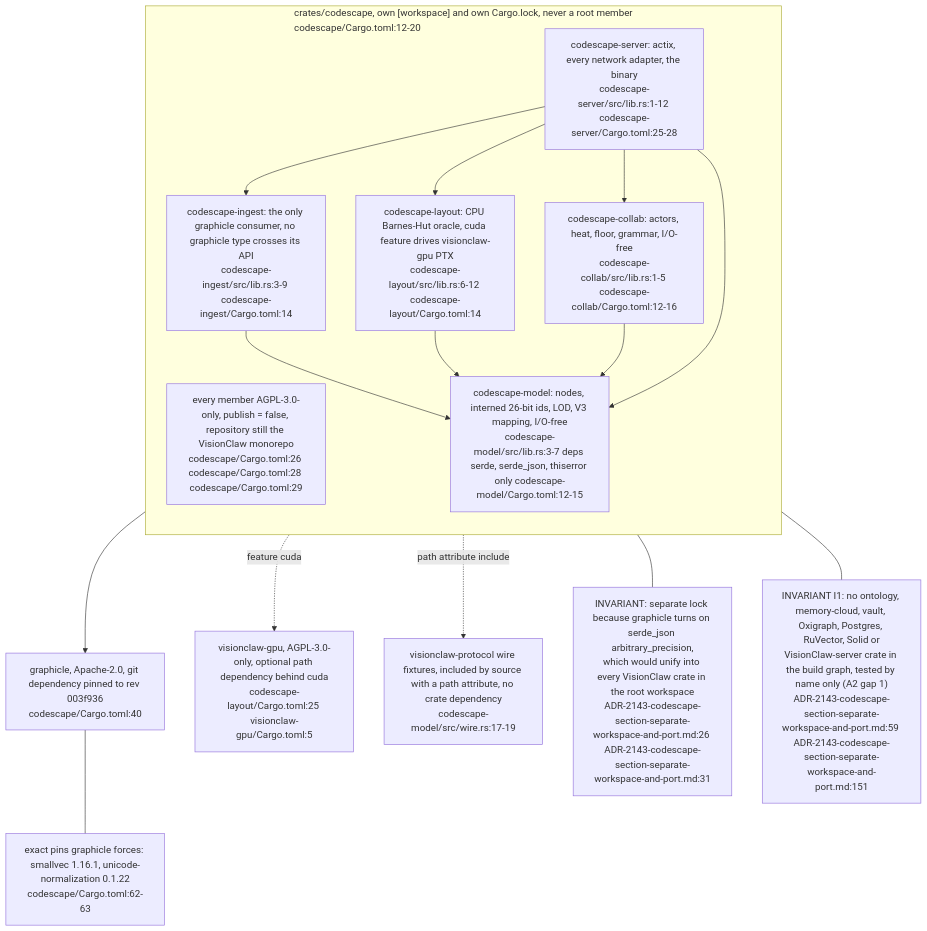
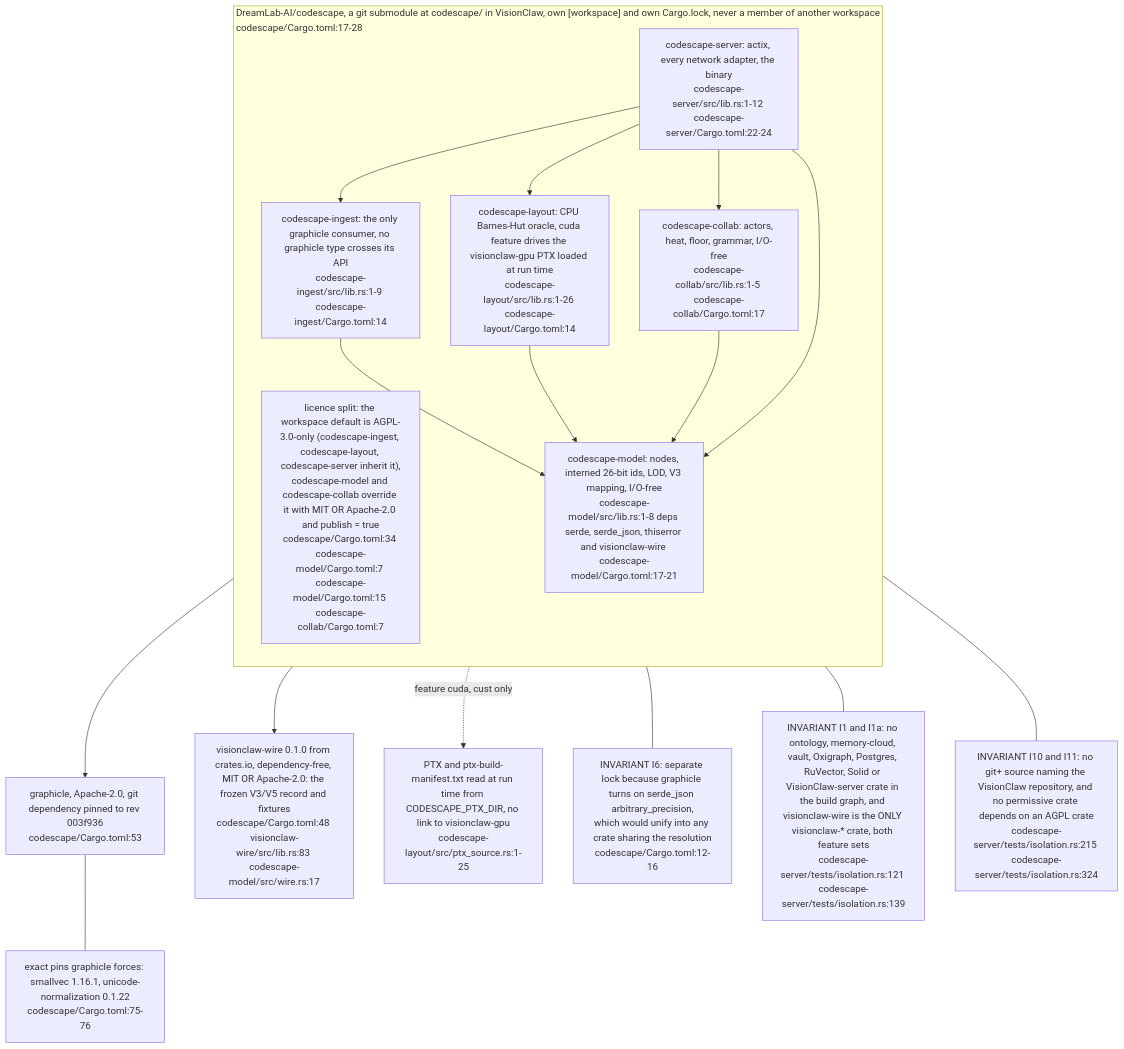
The first of 7 diagrams in docs/diagrams/visionclaw/39-codescape.md (DreamLab-AI/VisionFlow), drawn with Mermaid before and after one commit. The commit also changed other lines of this file and 160 other files, not shown here.

````diff
--- a/docs/diagrams/visionclaw/39-codescape.md
+++ b/docs/diagrams/visionclaw/39-codescape.md
@@ -60,31 +64,33 @@
 ```mermaid
 flowchart TB
-    subgraph WS["crates/codescape, own [workspace] and own Cargo.lock, never a root member<br/>codescape/Cargo.toml:12-20"]
+    subgraph REPO["DreamLab-AI/codescape, a git submodule at codescape/ in VisionClaw, own [workspace] and own Cargo.lock, never a member of another workspace<br/>codescape/Cargo.toml:17-28"]
         direction TB
-        LIC["every member AGPL-3.0-only, publish = false, repository still the VisionClaw monorepo<br/>codescape/Cargo.toml:26 codescape/Cargo.toml:28 codescape/Cargo.toml:29"]
-        M["codescape-model: nodes, interned 26-bit ids, LOD, V3 mapping, I/O-free<br/>codescape-model/src/lib.rs:3-7 deps serde, serde_json, thiserror only codescape-model/Cargo.toml:12-15"]
-        I["codescape-ingest: the only graphicle consumer, no graphicle type crosses its API<br/>codescape-ingest/src/lib.rs:3-9 codescape-ingest/Cargo.toml:14"]
-        L["codescape-layout: CPU Barnes-Hut oracle, cuda feature drives visionclaw-gpu PTX<br/>codescape-layout/src/lib.rs:6-12 codescape-layout/Cargo.toml:14"]
-        C["codescape-collab: actors, heat, floor, grammar, I/O-free<br/>codescape-collab/src/lib.rs:1-5 codescape-collab/Cargo.toml:12-16"]
-        S["codescape-server: actix, every network adapter, the binary<br/>codescape-server/src/lib.rs:1-12 codescape-server/Cargo.toml:25-28"]
+        LIC["licence split: the workspace default is AGPL-3.0-only (codescape-ingest, codescape-layout, codescape-server inherit it),<br/>codescape-model and codescape-collab override it with MIT OR Apache-2.0 and publish = true<br/>codescape/Cargo.toml:34 codescape-model/Cargo.toml:7 codescape-model/Cargo.toml:15 codescape-collab/Cargo.toml:7"]
+        M["codescape-model: nodes, interned 26-bit ids, LOD, V3 mapping, I/O-free<br/>codescape-model/src/lib.rs:1-8 deps serde, serde_json, thiserror and visionclaw-wire codescape-model/Cargo.toml:17-21"]
+        I["codescape-ingest: the only graphicle consumer, no graphicle type crosses its API<br/>codescape-ingest/src/lib.rs:1-9 codescape-ingest/Cargo.toml:14"]
+        L["codescape-layout: CPU Barnes-Hut oracle, cuda feature drives the visionclaw-gpu PTX loaded at run time<br/>codescape-layout/src/lib.rs:1-26 codescape-layout/Cargo.toml:14"]
+        C["codescape-collab: actors, heat, floor, grammar, I/O-free<br/>codescape-collab/src/lib.rs:1-5 codescape-collab/Cargo.toml:17"]
+        S["codescape-server: actix, every network adapter, the binary<br/>codescape-server/src/lib.rs:1-12 codescape-server/Cargo.toml:22-24"]
         I --> M
         L --> M
         C --> M
         S --> M
         S --> I
         S --> L
         S --> C
     end
-    G["graphicle, Apache-2.0, git dependency pinned to rev 003f936<br/>codescape/Cargo.toml:40"]
-    PINS["exact pins graphicle forces: smallvec 1.16.1, unicode-normalization 0.1.22<br/>codescape/Cargo.toml:62-63"]
-    GPU["visionclaw-gpu, AGPL-3.0-only, optional path dependency behind cuda<br/>codescape-layout/Cargo.toml:25 visionclaw-gpu/Cargo.toml:5"]
-    FIX["visionclaw-protocol wire fixtures, included by source with a path attribute, no crate dependency<br/>codescape-model/src/wire.rs:17-19"]
+    G["graphicle, Apache-2.0, git dependency pinned to rev 003f936<br/>codescape/Cargo.toml:53"]
+    PINS["exact pins graphicle forces: smallvec 1.16.1, unicode-normalization 0.1.22<br/>codescape/Cargo.toml:75-76"]
+    WIRE["visionclaw-wire 0.1.0 from crates.io, dependency-free, MIT OR Apache-2.0: the frozen V3/V5 record and fixtures<br/>codescape/Cargo.toml:48 visionclaw-wire/src/lib.rs:83 codescape-model/src/wire.rs:17"]
+    PTX["PTX and ptx-build-manifest.txt read at run time from CODESCAPE_PTX_DIR, no link to visionclaw-gpu<br/>codescape-layout/src/ptx_source.rs:1-25"]
     I --> G
     G --- PINS
-    L -.->|"feature cuda"| GPU
-    M -.->|"path attribute include"| FIX
-    WHY["INVARIANT: separate lock because graphicle turns on serde_json arbitrary_precision,<br/>which would unify into every VisionClaw crate in the root workspace<br/>ADR-2143-codescape-section-separate-workspace-and-port.md:26 ADR-2143-codescape-section-separate-workspace-and-port.md:31"]
-    WS --- WHY
-    BAN["INVARIANT I1: no ontology, memory-cloud, vault, Oxigraph, Postgres, RuVector, Solid or<br/>VisionClaw-server crate in the build graph, tested by name only (A2 gap 1)<br/>ADR-2143-codescape-section-separate-workspace-and-port.md:59 ADR-2143-codescape-section-separate-workspace-and-port.md:151"]
-    WS --- BAN
+    M --> WIRE
+    L -.->|"feature cuda, cust only"| PTX
+    WHY["INVARIANT I6: separate lock because graphicle turns on serde_json arbitrary_precision,<br/>which would unify into any crate sharing the resolution<br/>codescape/Cargo.toml:12-16"]
+    REPO --- WHY
+    BAN["INVARIANT I1 and I1a: no ontology, memory-cloud, vault, Oxigraph, Postgres, RuVector, Solid or VisionClaw-server crate in the build graph, and visionclaw-wire is the ONLY visionclaw-* crate, both feature sets<br/>codescape-server/tests/isolation.rs:121 codescape-server/tests/isolation.rs:139"]
+    REPO --- BAN
+    NOGIT["INVARIANT I10 and I11: no git+ source naming the VisionClaw repository, and no permissive crate depends on an AGPL crate<br/>codescape-server/tests/isolation.rs:215 codescape-server/tests/isolation.rs:324"]
+    REPO --- NOGIT
 ```
````
